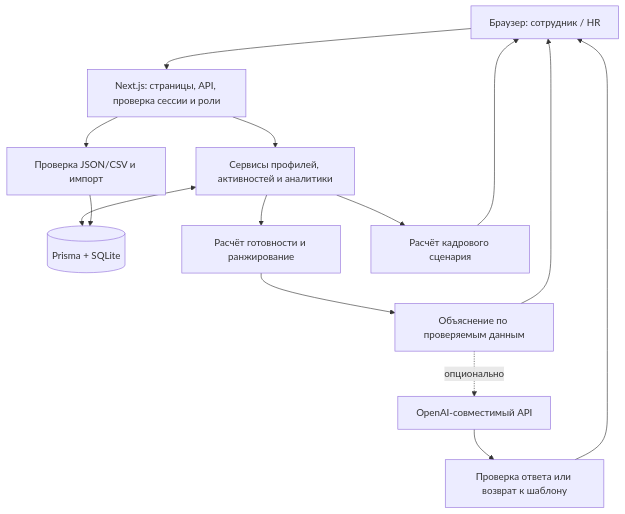
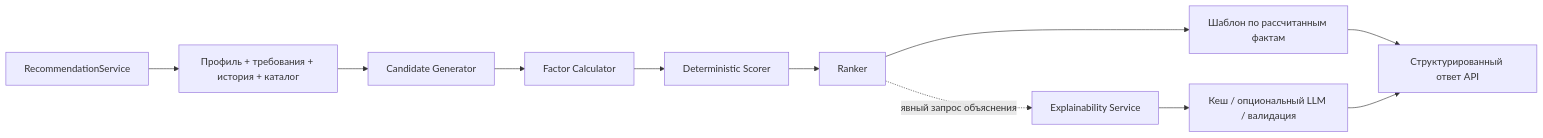
One commit to BAITC-Hacks/hack-c273b2c0-adrenol1ne changed the second of 3 diagrams in README.md. Above: the diagram before and after it, drawn with Mermaid. The commit also changed other lines of this file and 201 other files, not shown here.

````diff
--- a/README.md
+++ b/README.md
@@ -109,16 +224,13 @@
 ```mermaid
-flowchart TD
-    UI["Браузер: сотрудник / HR"] --> SERVER["Next.js: страницы, API, проверка сессии и роли"]
-    SERVER --> SERVICES["Сервисы профилей, активностей и аналитики"]
-    SERVICES <--> DB[("Prisma + SQLite")]
-    SERVICES --> RANK["Расчёт готовности и ранжирование"]
-    RANK --> EXPLAIN["Объяснение по проверяемым данным"]
-    EXPLAIN -. "опционально" .-> LLM["OpenAI-совместимый API"]
-    LLM --> CHECK["Проверка ответа или возврат к шаблону"]
-    CHECK --> UI
-    EXPLAIN --> UI
-    SERVER --> IMPORT["Проверка JSON/CSV и импорт"]
-    IMPORT --> DB
-    SERVICES --> SCENARIO["Расчёт кадрового сценария"]
-    SCENARIO --> UI
+flowchart LR
+    Service["RecommendationService"] --> Context["Профиль + требования + история + каталог"]
+    Context --> Candidates["Candidate Generator"]
+    Candidates --> Factors["Factor Calculator"]
+    Factors --> Scorer["Deterministic Scorer"]
+    Scorer --> Ranker["Ranker"]
+    Ranker --> Template["Шаблон по рассчитанным фактам"]
+    Template --> DTO["Структурированный ответ API"]
+    Ranker -. "явный запрос объяснения" .-> Explain["Explainability Service"]
+    Explain --> Cache["Кеш / опциональный LLM / валидация"]
+    Cache --> DTO
 ```
````
